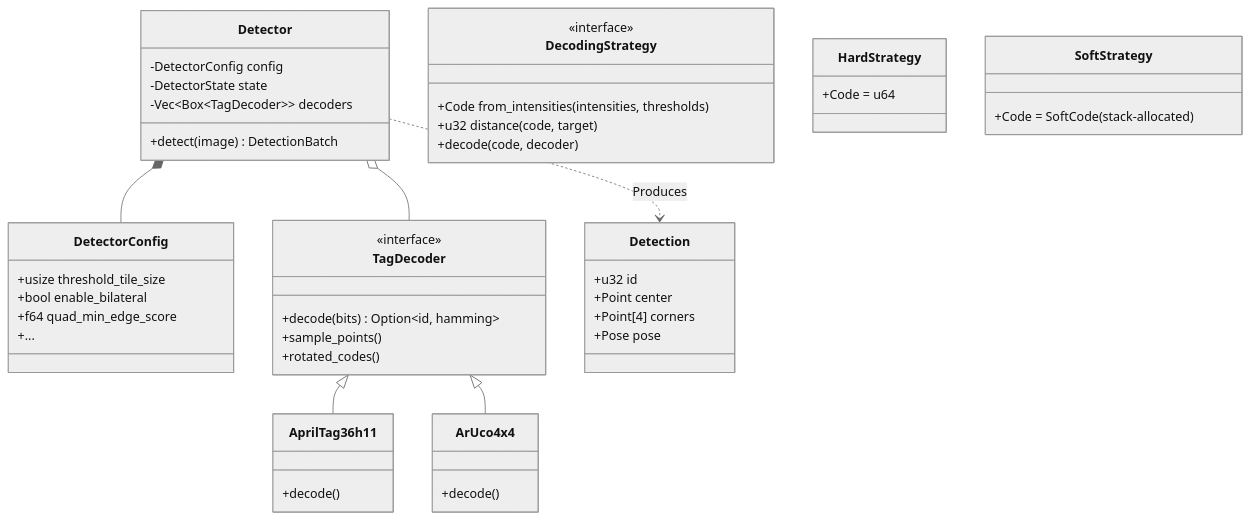
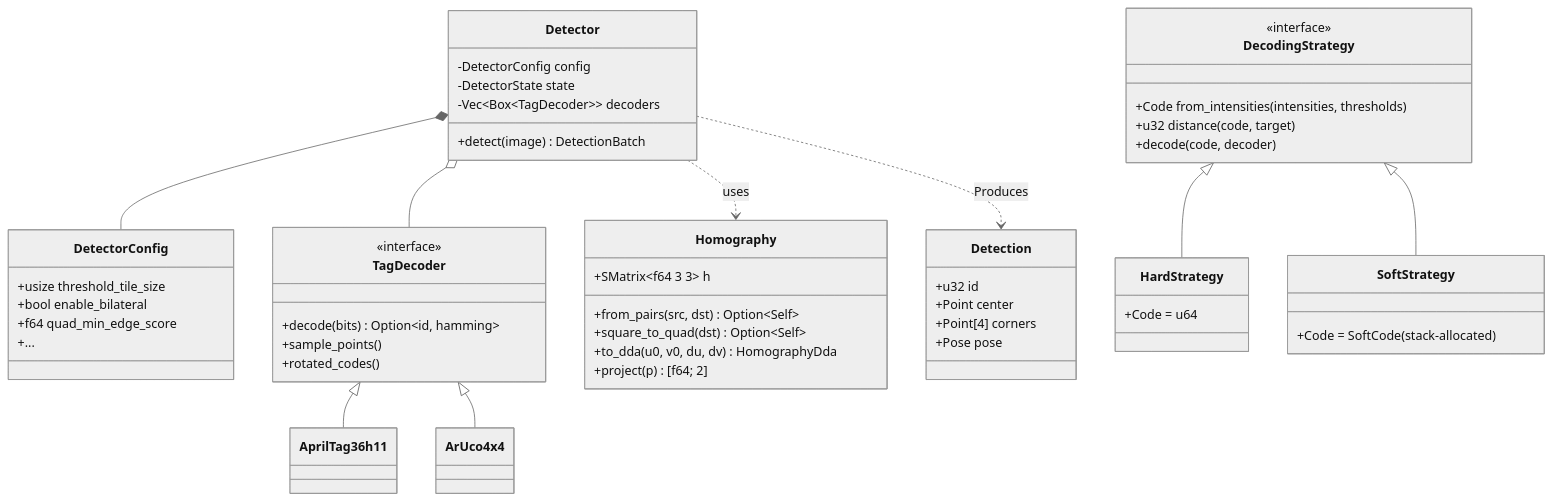
The third of 4 diagrams in docs/explanation/architecture.md (NoeFontana/locus-tag), drawn with Mermaid (neutral theme) before and after one commit. The commit also changed other lines of this file and 11 other files, not shown here.

First line of the commit message:
refactor(homography): extract projective geometry into dedicated module; modularize architecture docs

````diff
--- a/docs/explanation/architecture.md
+++ b/docs/explanation/architecture.md
@@ -93,59 +82,62 @@
 ```mermaid
 classDiagram
     class Detector {
         -DetectorConfig config
         -DetectorState state
         -Vec~Box~TagDecoder~~ decoders
         +detect(image) DetectionBatch
     }
 
     class DetectorConfig {
         +usize threshold_tile_size
         +bool enable_bilateral
         +f64 quad_min_edge_score
         +...
     }
 
     class TagDecoder {
         <<interface>>
         +decode(bits) Option~id, hamming~
         +sample_points()
         +rotated_codes()
     }
 
     class DecodingStrategy {
         <<interface>>
         +Code from_intensities(intensities, thresholds)
         +u32 distance(code, target)
         +decode(code, decoder)
     }
 
     class HardStrategy {
         +Code = u64
     }
 
     class SoftStrategy {
         +Code = SoftCode (stack-allocated)
     }
 
-    class AprilTag36h11 {
-        +decode()
-    }
-
-    class ArUco4x4 {
-        +decode()
+    class Homography {
+        +SMatrix~f64 3 3~ h
+        +from_pairs(src, dst) Option~Self~
+        +square_to_quad(dst) Option~Self~
+        +to_dda(u0, v0, du, dv) HomographyDda
+        +project(p) [f64; 2]
     }
 
     class Detection {
         +u32 id
         +Point center
         +Point[4] corners
         +Pose pose
     }
 
     Detector *-- DetectorConfig
     Detector o-- TagDecoder
     TagDecoder <|-- AprilTag36h11
     TagDecoder <|-- ArUco4x4
+    DecodingStrategy <|-- HardStrategy
+    DecodingStrategy <|-- SoftStrategy
+    Detector ..> Homography : uses
     Detector ..> Detection : Produces
 ```
````
